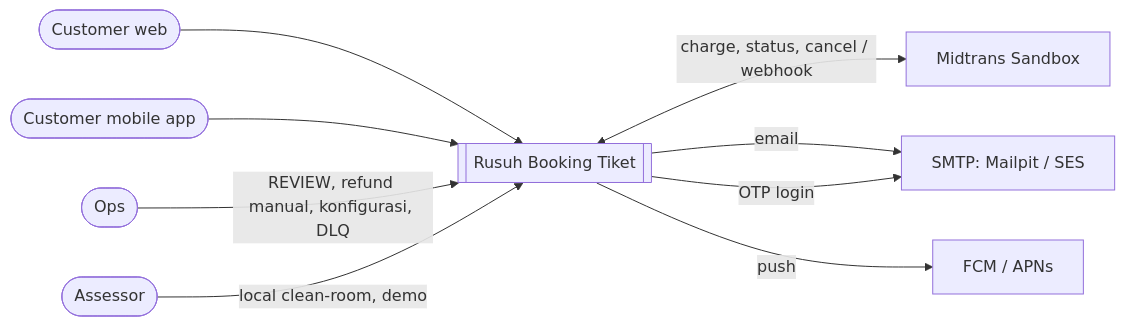
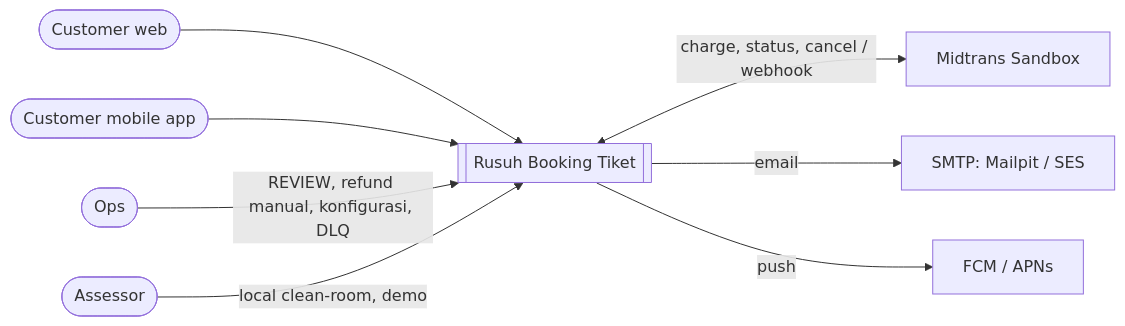
Before and after one commit to tiket-sampai-nonton/rusuh-booking-be: the first of 22 diagrams in docs/hld/03-HLD-AD-RBT-001.md, drawn with Mermaid. The commit also changed other lines of this file and 26 other files, not shown here.

````diff
--- a/docs/hld/03-HLD-AD-RBT-001.md
+++ b/docs/hld/03-HLD-AD-RBT-001.md
@@ -137,11 +138,10 @@
 ```mermaid
 flowchart LR
     C([Customer web]) --> SYS[[Rusuh Booking Tiket]]
     M([Customer mobile app]) --> SYS
     O([Ops]) -->|REVIEW, refund manual, konfigurasi, DLQ| SYS
     A([Assessor]) -->|local clean-room, demo| SYS
     SYS <-->|charge, status, cancel / webhook| MT[Midtrans Sandbox]
     SYS -->|email| SMTP[SMTP: Mailpit / SES]
     SYS -->|push| FCM[FCM / APNs]
-    SYS -->|OTP login| SMTP
 ```
````
